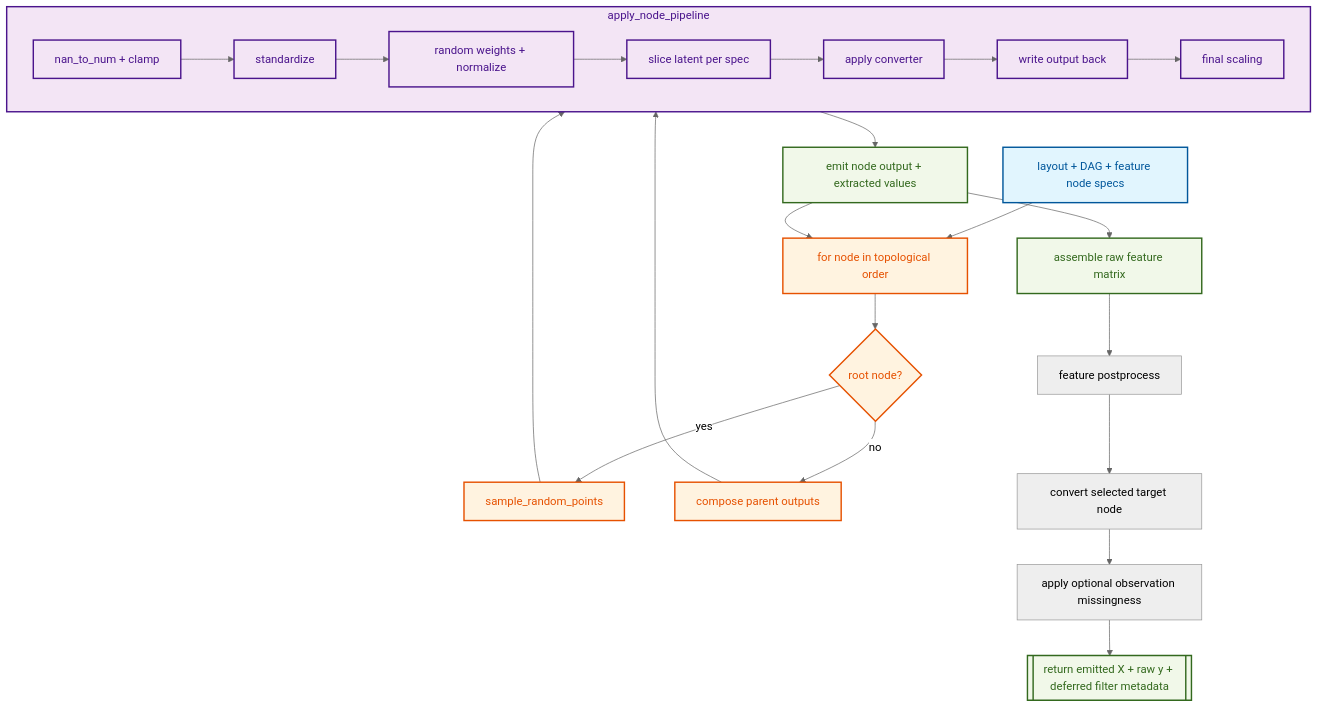
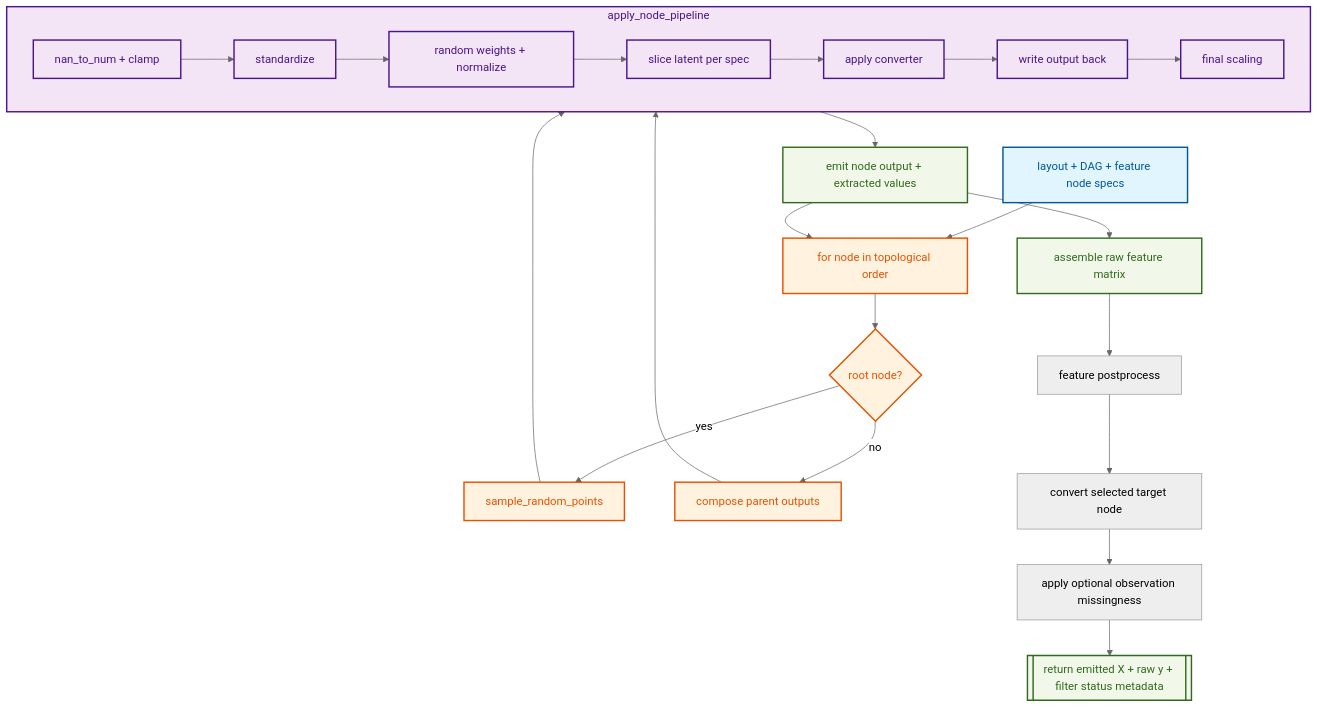
The third of 3 diagrams in docs/how-it-works.md (bensonlee5/cauchy-generator), drawn with Mermaid (neutral theme) before and after one commit. The commit also changed other lines of this file and 19 other files, not shown here.

````diff
--- a/docs/how-it-works.md
+++ b/docs/how-it-works.md
@@ -362,40 +362,40 @@
 ```mermaid
 flowchart TB
     %% Class Definitions
     classDef setup fill:#e1f5fe,stroke:#01579b,stroke-width:2px,color:#01579b
     classDef loop fill:#fff3e0,stroke:#e65100,stroke-width:2px,color:#e65100
     classDef pipe fill:#f3e5f5,stroke:#4a148c,stroke-width:2px,color:#4a148c
     classDef out fill:#f1f8e9,stroke:#33691e,stroke-width:2px,color:#33691e
 
     Setup[layout + DAG + feature node specs] --> Walk[for node in topological order]
     Walk --> Root{root node?}
 
     Root -- yes --> RootSample[sample_random_points]
     Root -- no --> ParentMix[compose parent outputs]
 
     RootSample --> Pipe
     ParentMix --> Pipe
 
     subgraph Pipe [apply_node_pipeline]
         Clean[nan_to_num + clamp] --> Std[standardize]
         Std --> Weight[random weights + normalize]
         Weight --> Slice[slice latent per spec]
         Slice --> Convert[apply converter]
         Convert --> Feedback[write output back]
         Feedback --> Scale[final scaling]
     end
 
     Pipe --> Emit[emit node output + extracted values]
     Emit --> Walk
     Emit --> Assemble[assemble raw feature matrix]
     Assemble --> PostX[feature postprocess]
     PostX --> TargetNode[convert selected target node]
     TargetNode --> Missing[apply optional observation missingness]
-    Missing --> Out[[return emitted X + raw y + deferred filter metadata]]
+    Missing --> Out[[return emitted X + raw y + filter status metadata]]
 
     %% Assign Classes
     class Setup setup
     class Walk,Root,RootSample,ParentMix loop
     class Clean,Std,Weight,Slice,Convert,Feedback,Scale,Pipe pipe
     class Emit,Assemble,Out out
 ```
````
